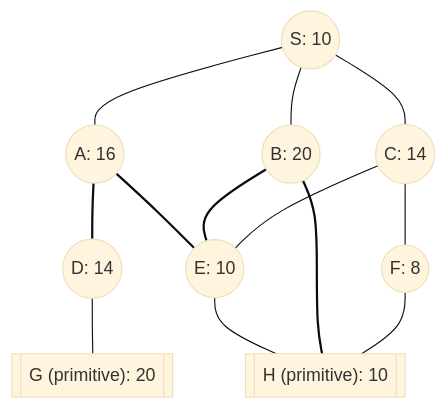
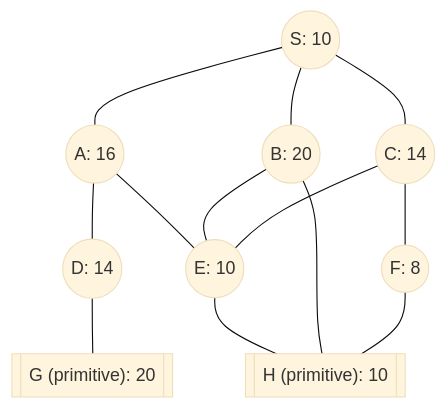
Before and after one commit to vbordia/aifu: the diagram in src/content/papers/26t1-an/05-problem-decomposition.mdx, drawn with Mermaid (base theme). The commit also changed other lines of this file and 146 other files, not shown here.

````diff
--- a/src/content/papers/26t1-an/05-problem-decomposition.mdx
+++ b/src/content/papers/26t1-an/05-problem-decomposition.mdx
@@ -25,23 +25,20 @@
 ```mermaid
 graph TD
     S(("S: 10")) --- A(("A: 16"))
     S --- B(("B: 20"))
     S --- C(("C: 14"))
 
     A --- D(("D: 14"))
     A --- E(("E: 10"))
 
     D --- G[["G (primitive): 20"]]
     E --- H[["H (primitive): 10"]]
 
     B --- E
     B --- H
 
     C --- E
     C --- F(("F: 8"))
 
     F --- H
-
-    linkStyle 3,4 stroke-width:2px;
-    linkStyle 7,8 stroke-width:2px;
 ```
````
